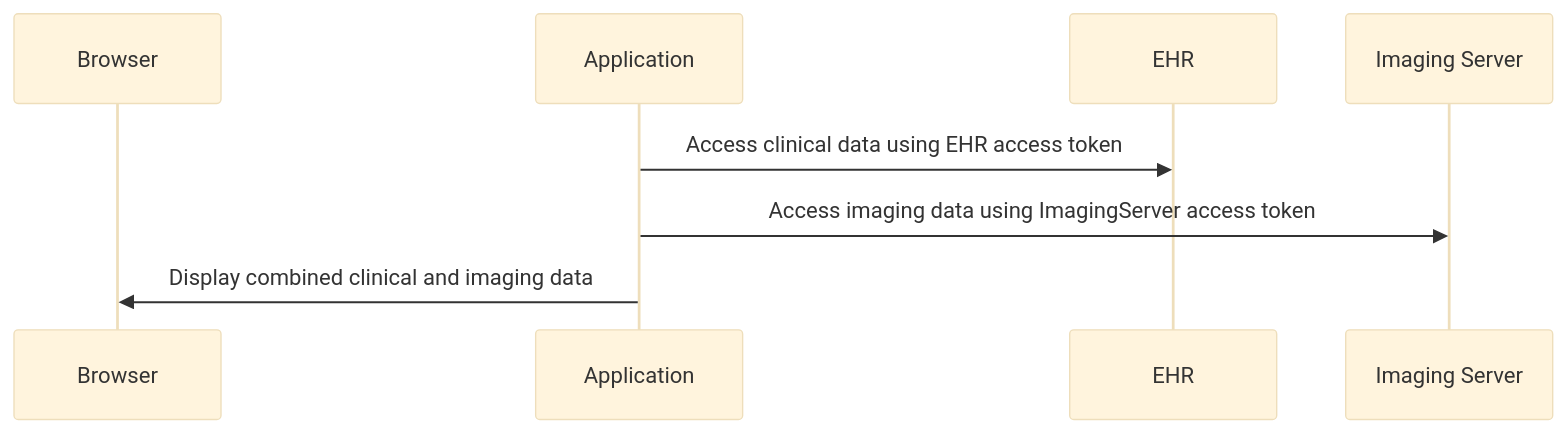
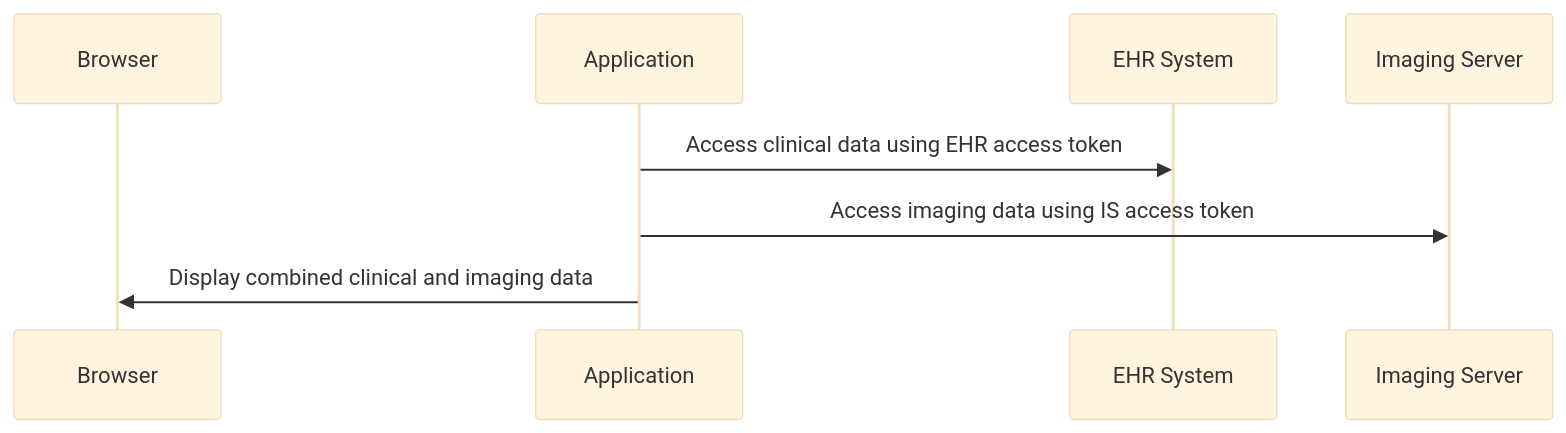
One commit to bvdh/smart-multi-auth changed the fourth of 4 diagrams in input/pagecontent/solution-dual-smart-launch.md. Above: the diagram before and after it, drawn with Mermaid (base theme). The commit also changed other lines of this file, not shown here.

Commit message:
ImagingServer -> IS

````diff
--- a/input/pagecontent/solution-dual-smart-launch.md
+++ b/input/pagecontent/solution-dual-smart-launch.md
@@ -230,11 +230,11 @@
 ```mermaid
 sequenceDiagram
     participant Browser
     participant App as Application
-    participant EHR
-    participant ImagingServer as Imaging Server
+    participant EHR as EHR System
+    participant IS as Imaging Server
     
     App->>EHR: Access clinical data using EHR access token
-    App->>ImagingServer: Access imaging data using ImagingServer access token
+    App->>IS: Access imaging data using IS access token
     App->>Browser: Display combined clinical and imaging data
 ```
````
